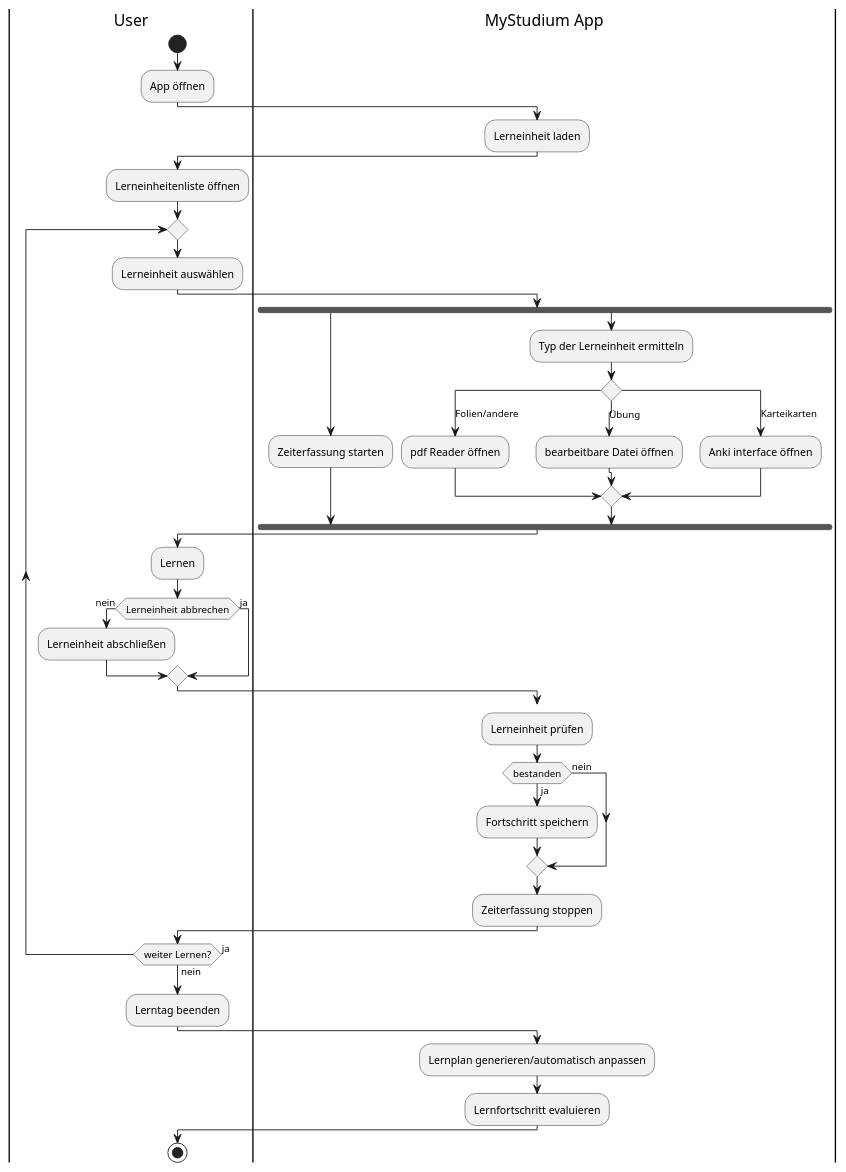
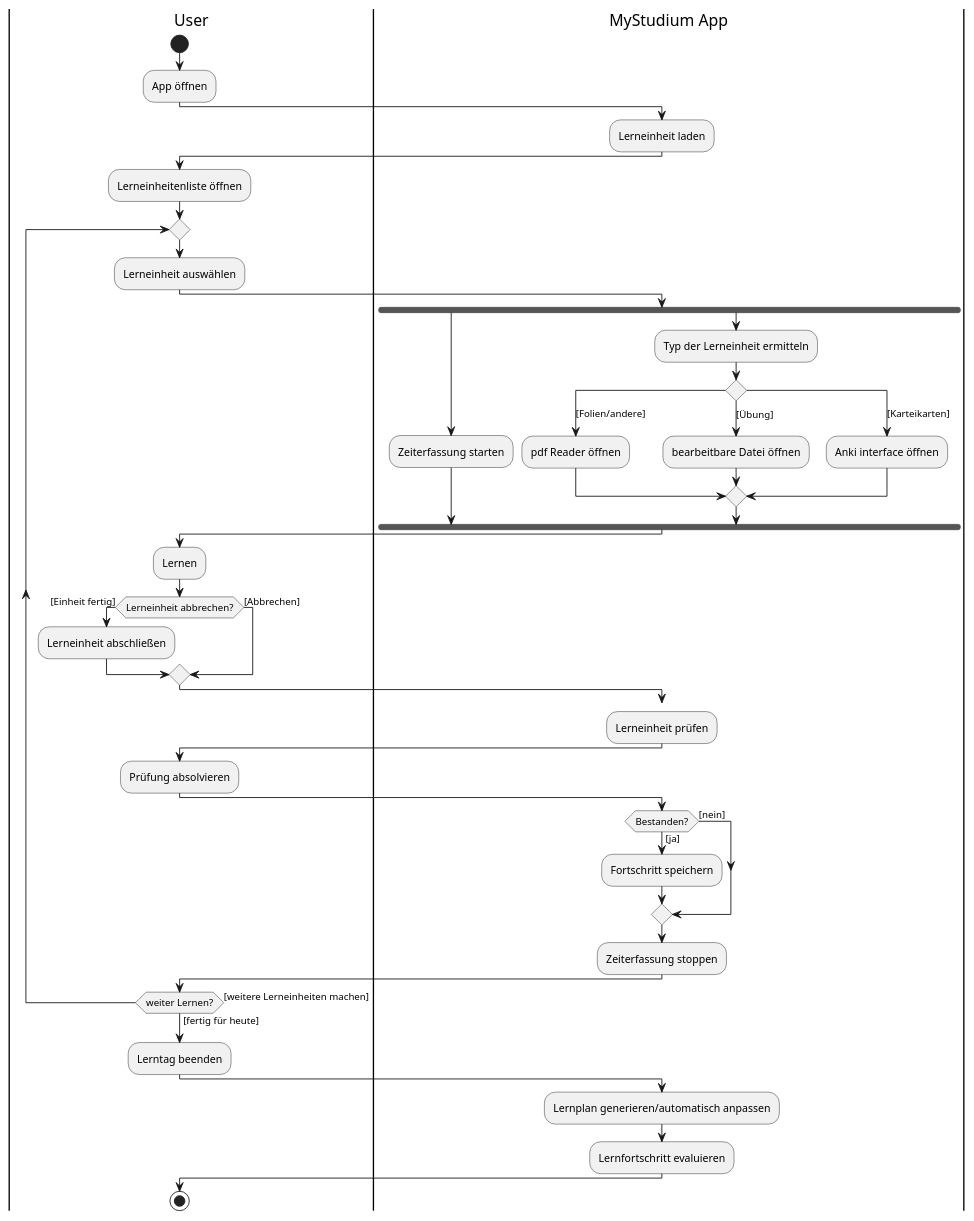
One commit to BjoernMalzacher/MyStudium_SWE_Labor changed the diagram in PLant uml digramme/Lerneinheit_absolvieren_uml.puml. Above: the diagram before and after it, drawn with PlantUML. The commit also changed 9 other files, not shown here.

```diff
--- a/PLant uml digramme/Lerneinheit_absolvieren_uml.puml
+++ b/PLant uml digramme/Lerneinheit_absolvieren_uml.puml
@@ -1,65 +1,66 @@
 @startuml Lerneinheit absolvieren
 
 ' Only greyscale
 skinparam monochrome true
 ' Disable shadows
 skinparam shadowing false
 
 |User|
 start
 :App öffnen;
 |MyStudium App|
-
 :Lerneinheit laden;
 |User|
 :Lerneinheitenliste öffnen;
 repeat
 :Lerneinheit auswählen;
 |MyStudium App|
 fork
 :Zeiterfassung starten;
 fork again
 :Typ der Lerneinheit ermitteln;
 switch ()
-case (Folien/andere)
+case ([Folien/andere])
     :pdf Reader öffnen;
-case (Übung)
+case ([Übung])
     :bearbeitbare Datei öffnen;
-case (Karteikarten)
+case ([Karteikarten])
     :Anki interface öffnen;
 endswitch
 end fork
 |User|
 /'include usecase lernen'/
 :Lernen; 
-if(Lerneinheit abbrechen) then(nein)
+if(Lerneinheit abbrechen?) then([Einheit fertig])
 :Lerneinheit abschließen;
-else (ja)
+else ([Abbrechen])
 label abbruch
 endif
 /'als usecase hinzufügen Wenn durchgefallen kein fortschritt'/
 |MyStudium App|
 goto abbruch
 :Lerneinheit prüfen;
-if(bestanden) then(ja)
-
+|User|
+:Prüfung absolvieren;
+|MyStudium App|
+if(Bestanden?) then([ja])
 :Fortschritt speichern;
-else(nein)
+else([nein])
 endif
 
 
 :Zeiterfassung stoppen;
 
 |User|
-repeat while (weiter Lernen?) is (ja) not (nein)
+repeat while (weiter Lernen?) is ([weitere Lerneinheiten machen]) not ([fertig für heute])
 |User|
 :Lerntag beenden;
 |MyStudium App|
 :Lernplan generieren/automatisch anpassen;
 :Lernfortschritt evaluieren;
 |User|
 stop
 
 
 
 @enduml
```
